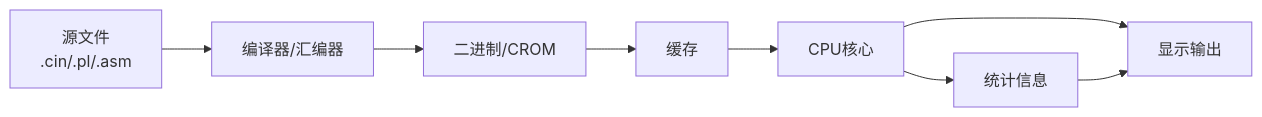
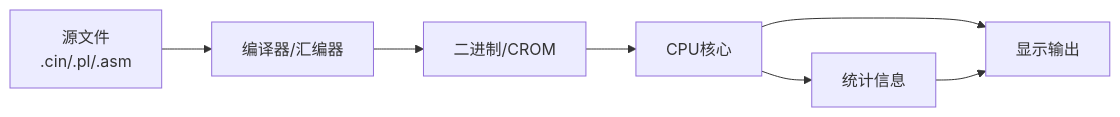
The fourth of 15 diagrams in README.md (ByUsiStudio/Code-CIN), drawn with Mermaid before and after one commit. The commit also changed other lines of this file and 4 other files, not shown here.

````diff
--- a/README.md
+++ b/README.md
@@ -175,10 +169,9 @@
 ```mermaid
 flowchart LR
     SOURCE[源文件<br/>.cin/.pl/.asm] --> COMPILER[编译器/汇编器]
     COMPILER --> BINARY[二进制/CROM]
-    BINARY --> CACHE[缓存]
-    CACHE --> CPU[CPU核心]
+    BINARY --> CPU[CPU核心]
     CPU --> STATS[统计信息]
     CPU --> DISPLAY[显示输出]
     STATS --> DISPLAY
 ```
````
